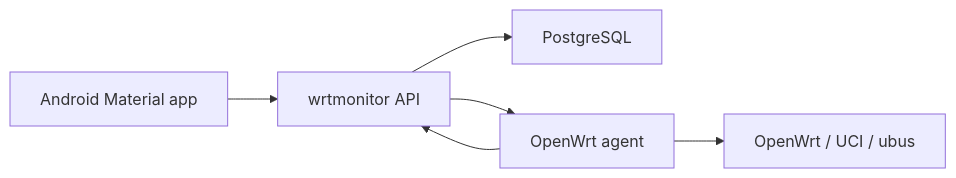
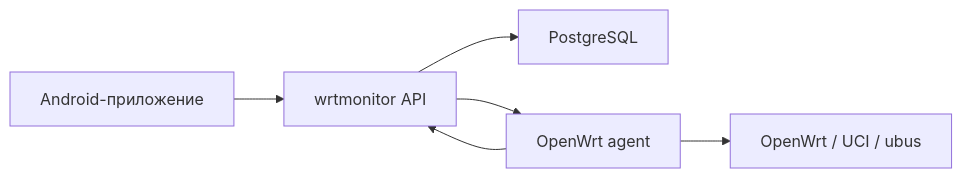
The diagram in docs/architecture.md (shurshick/wrtmonitor), drawn with Mermaid before and after one commit. The commit also changed other lines of this file and 11 other files, not shown here.

````diff
--- a/docs/architecture.md
+++ b/docs/architecture.md
@@ -11,8 +12,8 @@
 ```mermaid
 flowchart LR
-  Android["Android Material app"] --> API["wrtmonitor API"]
+  Android["Android-приложение"] --> API["wrtmonitor API"]
   API --> DB["PostgreSQL"]
   Agent["OpenWrt agent"] --> API
   API --> Agent
   Agent --> Router["OpenWrt / UCI / ubus"]
 ```
````
